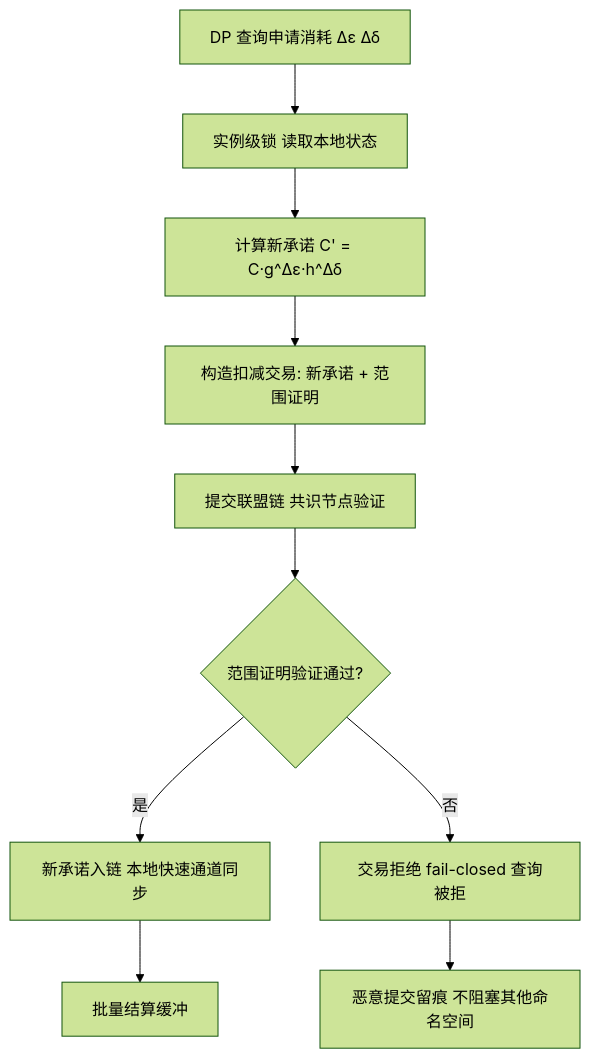
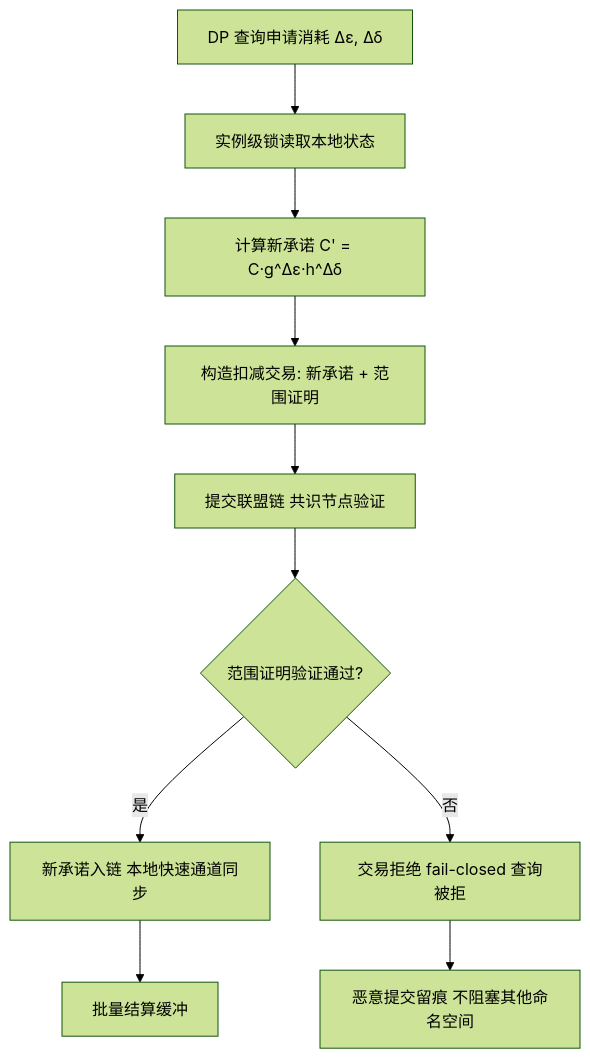
One commit to fengzhizi319/PrivShield changed the second of 5 diagrams in docs/patent/专利5-基于区块链与零知识证明的差分隐私预算链上记账与合规证明方法.md. Above: the diagram before and after it, drawn with Mermaid (forest theme). The commit also changed other lines of this file and 23 other files, not shown here.

````diff
--- a/docs/patent/专利5-基于区块链与零知识证明的差分隐私预算链上记账与合规证明方法.md
+++ b/docs/patent/专利5-基于区块链与零知识证明的差分隐私预算链上记账与合规证明方法.md
@@ -180,12 +237,12 @@
 ```mermaid
 graph TB
-    A[DP 查询申请消耗 Δε Δδ] --> B[实例级锁 读取本地状态]
+    A[DP 查询申请消耗 Δε, Δδ] --> B[实例级锁读取本地状态]
     B --> C[计算新承诺 C' = C·g^Δε·h^Δδ]
     C --> D[构造扣减交易: 新承诺 + 范围证明]
     D --> E[提交联盟链 共识节点验证]
     E --> F{范围证明验证通过?}
     F -->|是| G[新承诺入链 本地快速通道同步]
     F -->|否| H[交易拒绝 fail-closed 查询被拒]
     G --> I[批量结算缓冲]
     H --> J[恶意提交留痕 不阻塞其他命名空间]
 ```
````
